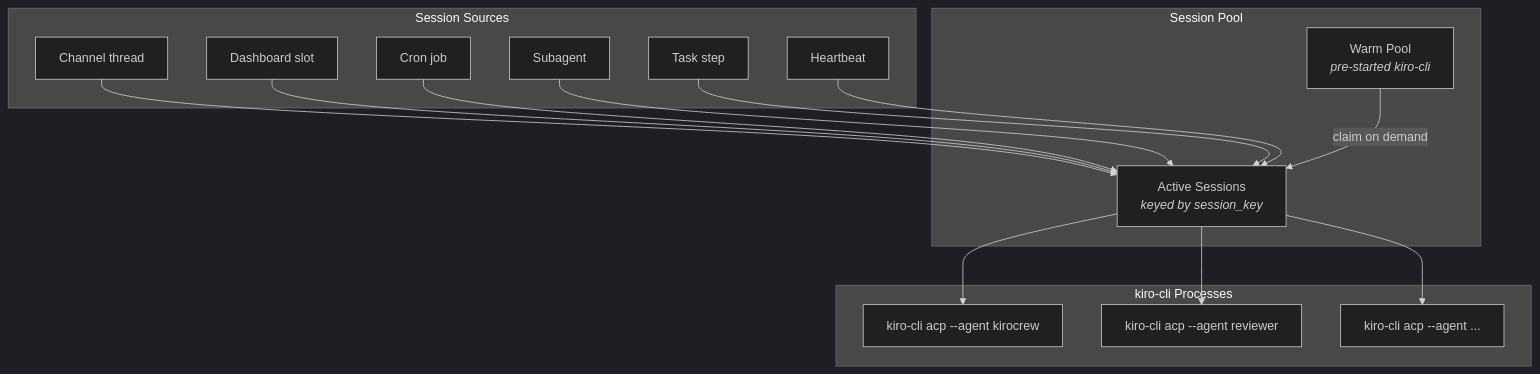
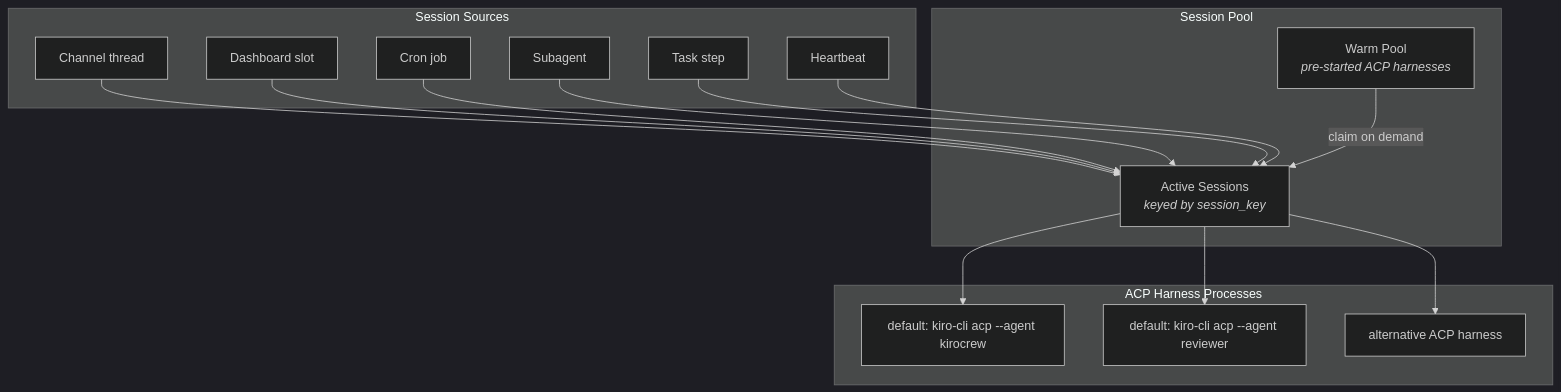
One commit to kirodotdev/KiroCrew changed the fourth of 9 diagrams in docs/architecture/overview.md. Above: the diagram before and after it, drawn with Mermaid (dark theme). The commit also changed other lines of this file and 264 other files, not shown here.

````diff
--- a/docs/architecture/overview.md
+++ b/docs/architecture/overview.md
@@ -244,34 +249,34 @@
 ```mermaid
 graph TB
     subgraph "Session Sources"
         S1[Channel thread]
         S2[Dashboard slot]
         S3[Cron job]
         S4[Subagent]
         S5[Task step]
         S6[Heartbeat]
     end
 
     subgraph "Session Pool"
-        WARM[Warm Pool<br/><i>pre-started kiro-cli</i>]
+        WARM[Warm Pool<br/><i>pre-started ACP harnesses</i>]
         ACTIVE[Active Sessions<br/><i>keyed by session_key</i>]
     end
 
-    subgraph "kiro-cli Processes"
-        P1[kiro-cli acp --agent kirocrew]
-        P2[kiro-cli acp --agent reviewer]
-        P3[kiro-cli acp --agent ...]
+    subgraph "ACP Harness Processes"
+        P1[default: kiro-cli acp --agent kirocrew]
+        P2[default: kiro-cli acp --agent reviewer]
+        P3[alternative ACP harness]
     end
 
     S1 --> ACTIVE
     S2 --> ACTIVE
     S3 --> ACTIVE
     S4 --> ACTIVE
     S5 --> ACTIVE
     S6 --> ACTIVE
 
     WARM --> |"claim on demand"| ACTIVE
     ACTIVE --> P1
     ACTIVE --> P2
     ACTIVE --> P3
 ```
````
